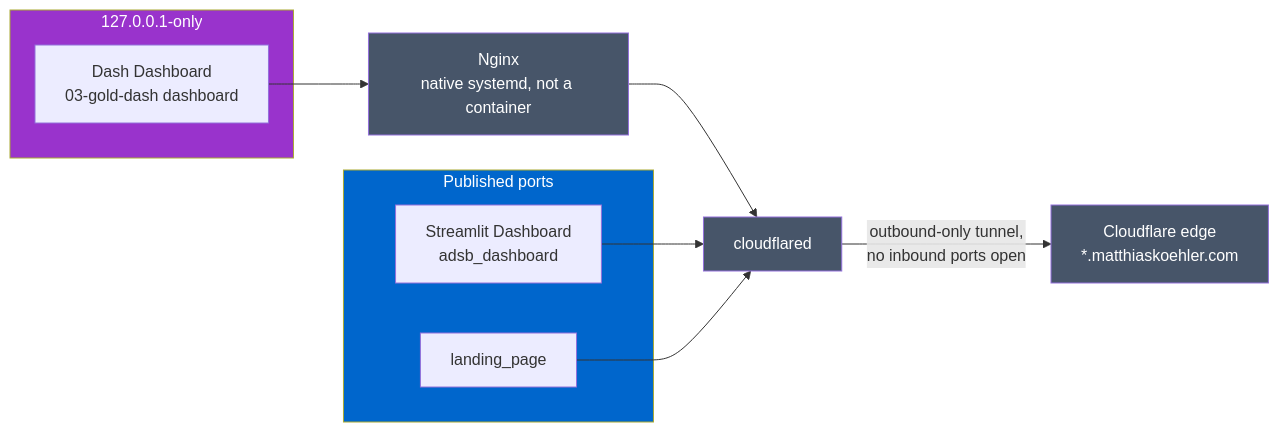
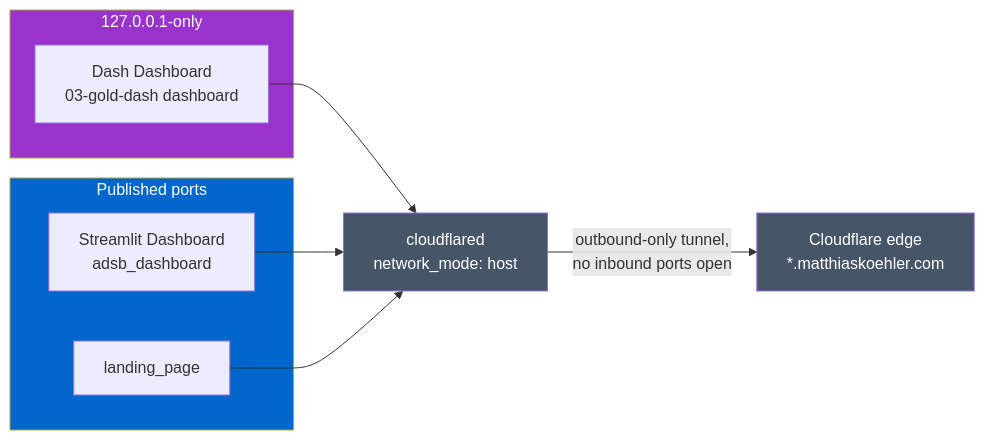
The sixth of 6 diagrams in docs/architecture/README.md (MatthiasSails/airline-data-platform), drawn with Mermaid before and after one commit. The commit also changed other lines of this file, not shown here.

First line of the commit message:
docs(architecture): remove stale Nginx references, reflect direct tunnel routing

````diff
--- a/docs/architecture/README.md
+++ b/docs/architecture/README.md
@@ -189,24 +189,22 @@
 ```mermaid
 graph LR
     subgraph PUBLISHED["Published ports"]
         DASH1["Streamlit Dashboard<br/>adsb_dashboard"]
         LAND["landing_page"]
     end
     subgraph LOCALONLY["127.0.0.1-only"]
         DASH2["Dash Dashboard<br/>03-gold-dash dashboard"]
     end
-    NGINX["Nginx<br/>native systemd, not a container"]
-    CF["cloudflared"]
+    CF["cloudflared<br/>network_mode: host"]
     EDGE["Cloudflare edge<br/>*.matthiaskoehler.com"]
 
-    DASH2 --> NGINX --> CF
+    DASH2 --> CF
     DASH1 --> CF
     LAND --> CF
     CF -->|outbound-only tunnel,<br/>no inbound ports open| EDGE
 
     style PUBLISHED fill:#0066CC,color:#fff
     style LOCALONLY fill:#9933CC,color:#fff
-    style NGINX fill:#475569,color:#fff
     style CF fill:#475569,color:#fff
     style EDGE fill:#475569,color:#fff
 ```
````
